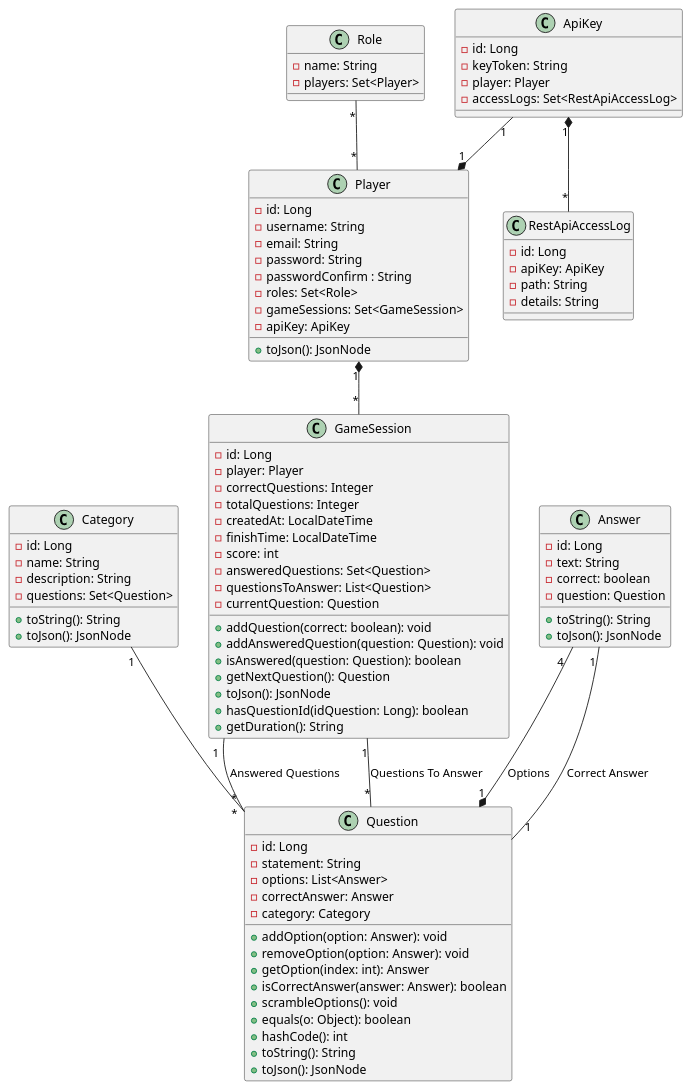
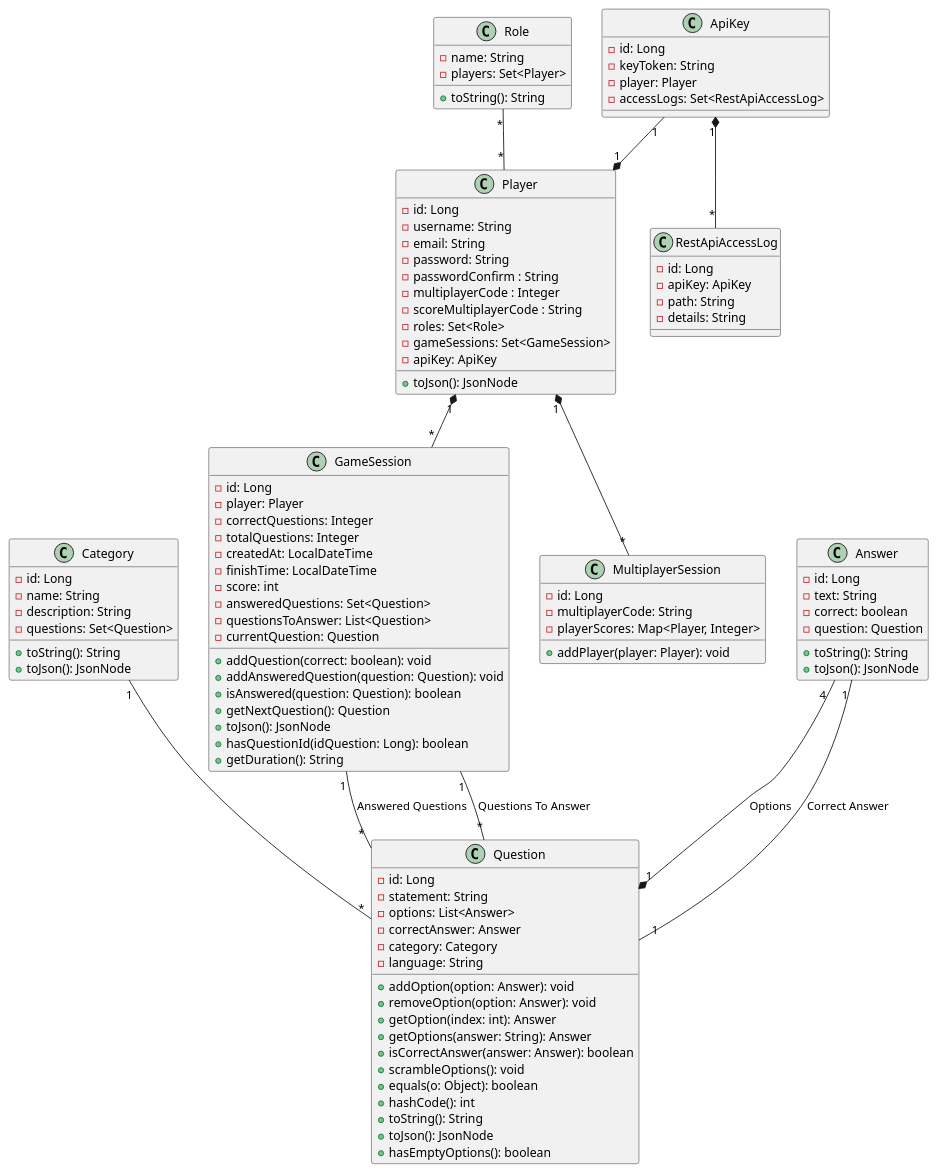
Before and after one commit to Arquisoft/wiq_es04b: the diagram in docs/src/08_concepts.adoc, drawn with PlantUML.

Commit message:
Update domain model diagram

```diff
--- a/docs/src/08_concepts.adoc
+++ b/docs/src/08_concepts.adoc
@@ -19,15 +19,18 @@
   - options: List<Answer>
   - correctAnswer: Answer
   - category: Category
+  - language: String
   + addOption(option: Answer): void
   + removeOption(option: Answer): void
   + getOption(index: int): Answer
+  + getOptions(answer: String): Answer
   + isCorrectAnswer(answer: Answer): boolean
   + scrambleOptions(): void
   + equals(o: Object): boolean
   + hashCode(): int
   + toString(): String
   + toJson(): JsonNode
+  + hasEmptyOptions(): boolean
 }
 
 class Category {
@@ -45,6 +48,8 @@
   - email: String
   - password: String
   - passwordConfirm : String
+  - multiplayerCode : Integer
+  - scoreMultiplayerCode : String
   - roles: Set<Role>
   - gameSessions: Set<GameSession>
   - apiKey: ApiKey
@@ -71,9 +76,17 @@
   + getDuration(): String
 }
 
+class MultiplayerSession {
+    - id: Long
+    - multiplayerCode: String
+    - playerScores: Map<Player, Integer>
+    + addPlayer(player: Player): void
+}
+
 class Role {
     - name: String
     - players: Set<Player>
+    + toString(): String
 }
 
 class Answer {
@@ -106,6 +119,7 @@
 ApiKey "1" *-- "*" RestApiAccessLog
 Category "1" -- "*" Question
 Player "1" *-- "*" GameSession
+Player "1" *-- "*" MultiplayerSession
 GameSession "1" -- "*" Question : Answered Questions
 GameSession "1" -- "*" Question : Questions To Answer
 
```
